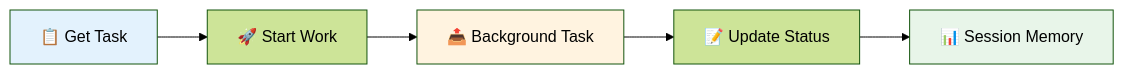
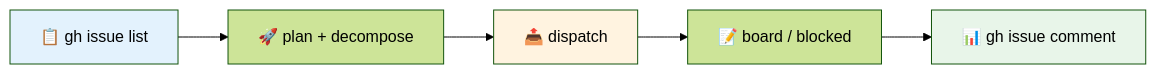
One commit to fgarofalo56/Supercharge_Microsoft_Fabric changed the eighth of 8 diagrams in .github/BACKGROUND_WORKFLOW.md. Above: the diagram before and after it, drawn with Mermaid (forest theme). The commit also changed other lines of this file and 38 other files, not shown here.

````diff
--- a/.github/BACKGROUND_WORKFLOW.md
+++ b/.github/BACKGROUND_WORKFLOW.md
@@ -625,11 +635,11 @@
 ```mermaid
 flowchart LR
-    A[📋 Get Task] --> B[🚀 Start Work]
-    B --> C[📤 Background Task]
-    C --> D[📝 Update Status]
-    D --> E[📊 Session Memory]
+    A[📋 gh issue list] --> B[🚀 plan + decompose]
+    B --> C[📤 dispatch]
+    C --> D[📝 board / blocked]
+    D --> E[📊 gh issue comment]
 
     style A fill:#e3f2fd
     style C fill:#fff3e0
     style E fill:#e8f5e9
 ```
````
